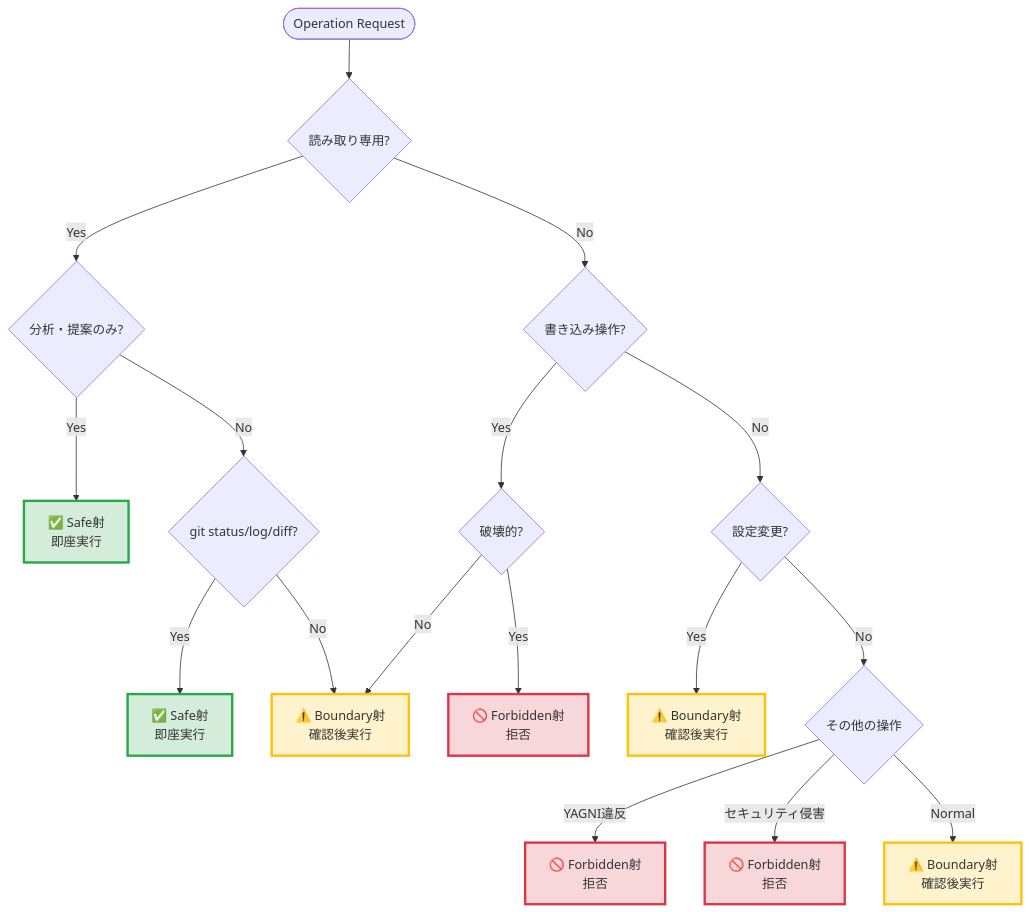
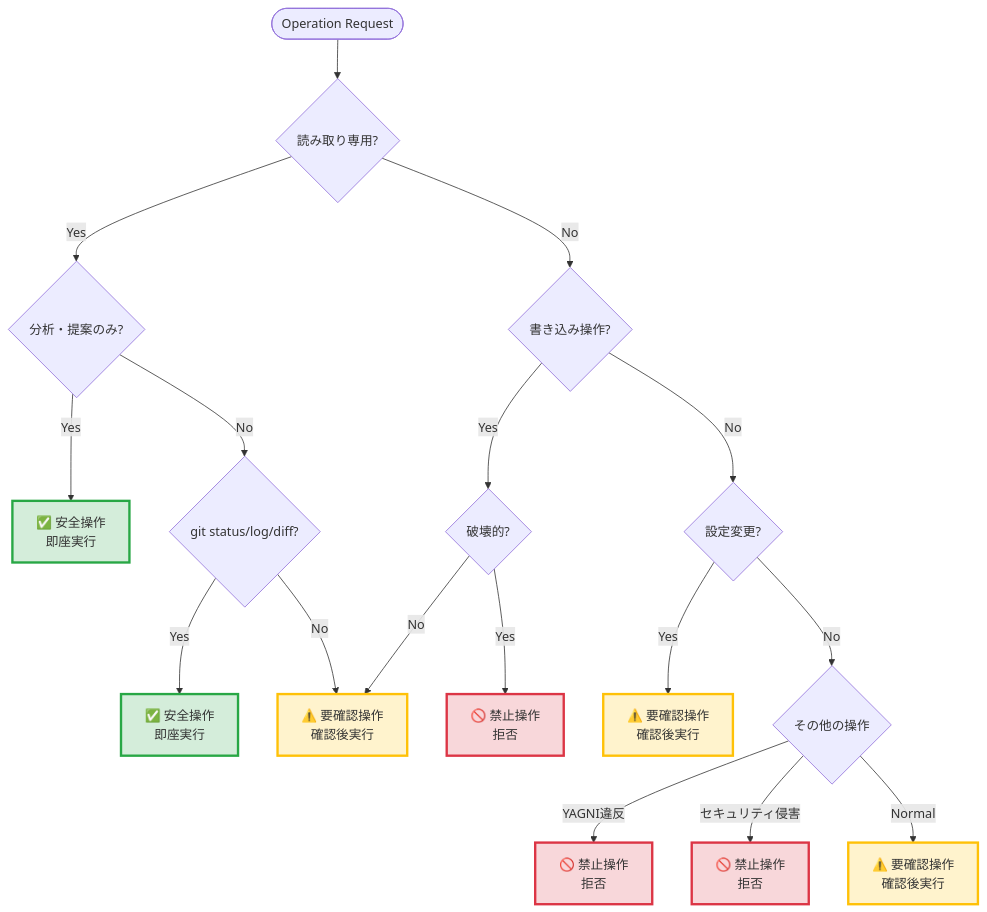
Before and after one commit to DaichiHoshina/ai-tools: the second of 2 diagrams in claude-code/commands/protection-mode.md, drawn with Mermaid. The commit also changed other lines of this file and 19 other files, not shown here.

````diff
--- a/claude-code/commands/protection-mode.md
+++ b/claude-code/commands/protection-mode.md
@@ -102,31 +102,31 @@
 ```mermaid
 flowchart TD
     Start([Operation Request]) --> Read{読み取り専用?}
 
     Read -->|Yes| Analysis{分析・提案のみ?}
-    Analysis -->|Yes| Safe1[✅ Safe射<br/>即座実行]
+    Analysis -->|Yes| Safe1[✅ 安全操作<br/>即座実行]
     Analysis -->|No| Git{git status/log/diff?}
-    Git -->|Yes| Safe2[✅ Safe射<br/>即座実行]
+    Git -->|Yes| Safe2[✅ 安全操作<br/>即座実行]
     Git -->|No| Boundary1
 
     Read -->|No| Write{書き込み操作?}
     Write -->|Yes| Destruct{破壊的?}
-    Destruct -->|Yes| Forbidden1[🚫 Forbidden射<br/>拒否]
-    Destruct -->|No| Boundary1[⚠️ Boundary射<br/>確認後実行]
+    Destruct -->|Yes| Forbidden1[🚫 禁止操作<br/>拒否]
+    Destruct -->|No| Boundary1[⚠️ 要確認操作<br/>確認後実行]
 
     Write -->|No| Config{設定変更?}
-    Config -->|Yes| Boundary2[⚠️ Boundary射<br/>確認後実行]
+    Config -->|Yes| Boundary2[⚠️ 要確認操作<br/>確認後実行]
     Config -->|No| Other{その他の操作}
-    Other -->|YAGNI違反| Forbidden2[🚫 Forbidden射<br/>拒否]
-    Other -->|セキュリティ侵害| Forbidden3[🚫 Forbidden射<br/>拒否]
-    Other -->|Normal| Boundary3[⚠️ Boundary射<br/>確認後実行]
+    Other -->|YAGNI違反| Forbidden2[🚫 禁止操作<br/>拒否]
+    Other -->|セキュリティ侵害| Forbidden3[🚫 禁止操作<br/>拒否]
+    Other -->|Normal| Boundary3[⚠️ 要確認操作<br/>確認後実行]
 
     style Safe1 fill:#d4edda,stroke:#28a745,stroke-width:3px
     style Safe2 fill:#d4edda,stroke:#28a745,stroke-width:3px
     style Boundary1 fill:#fff3cd,stroke:#ffc107,stroke-width:3px
     style Boundary2 fill:#fff3cd,stroke:#ffc107,stroke-width:3px
     style Boundary3 fill:#fff3cd,stroke:#ffc107,stroke-width:3px
     style Forbidden1 fill:#f8d7da,stroke:#dc3545,stroke-width:3px
     style Forbidden2 fill:#f8d7da,stroke:#dc3545,stroke-width:3px
     style Forbidden3 fill:#f8d7da,stroke:#dc3545,stroke-width:3px
 ```
````
